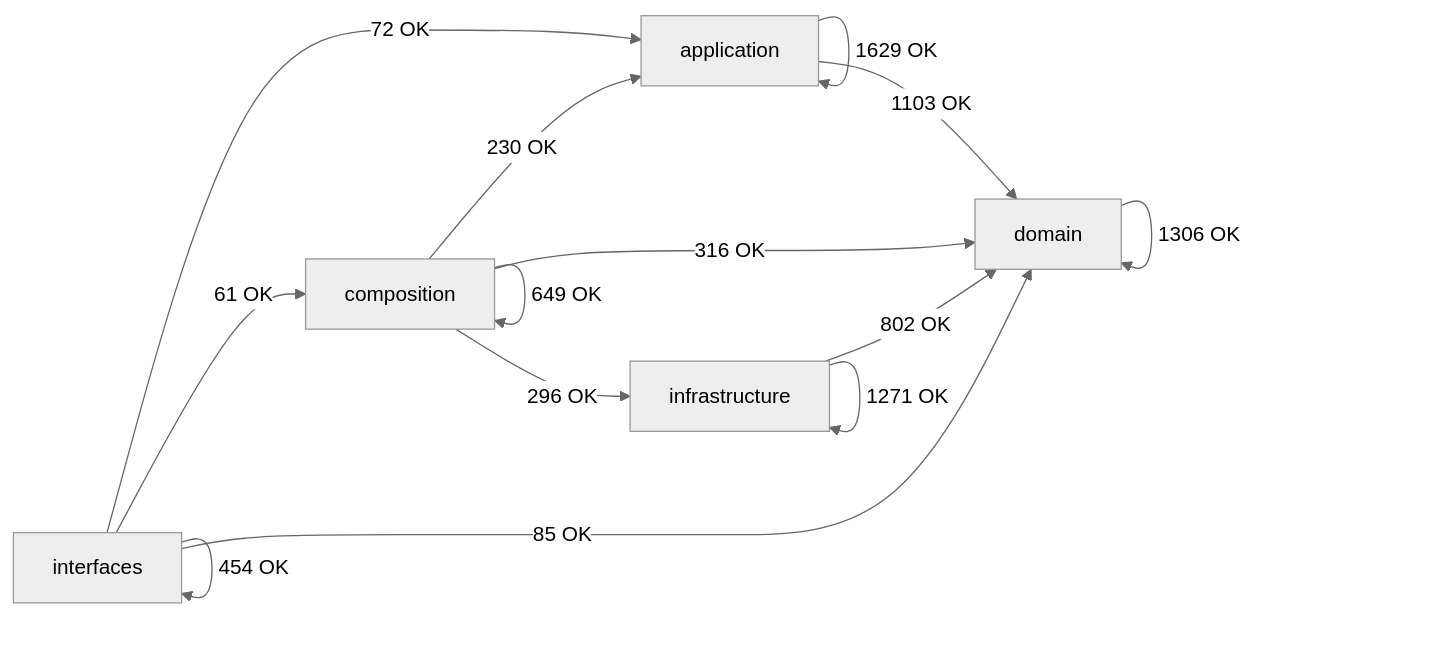
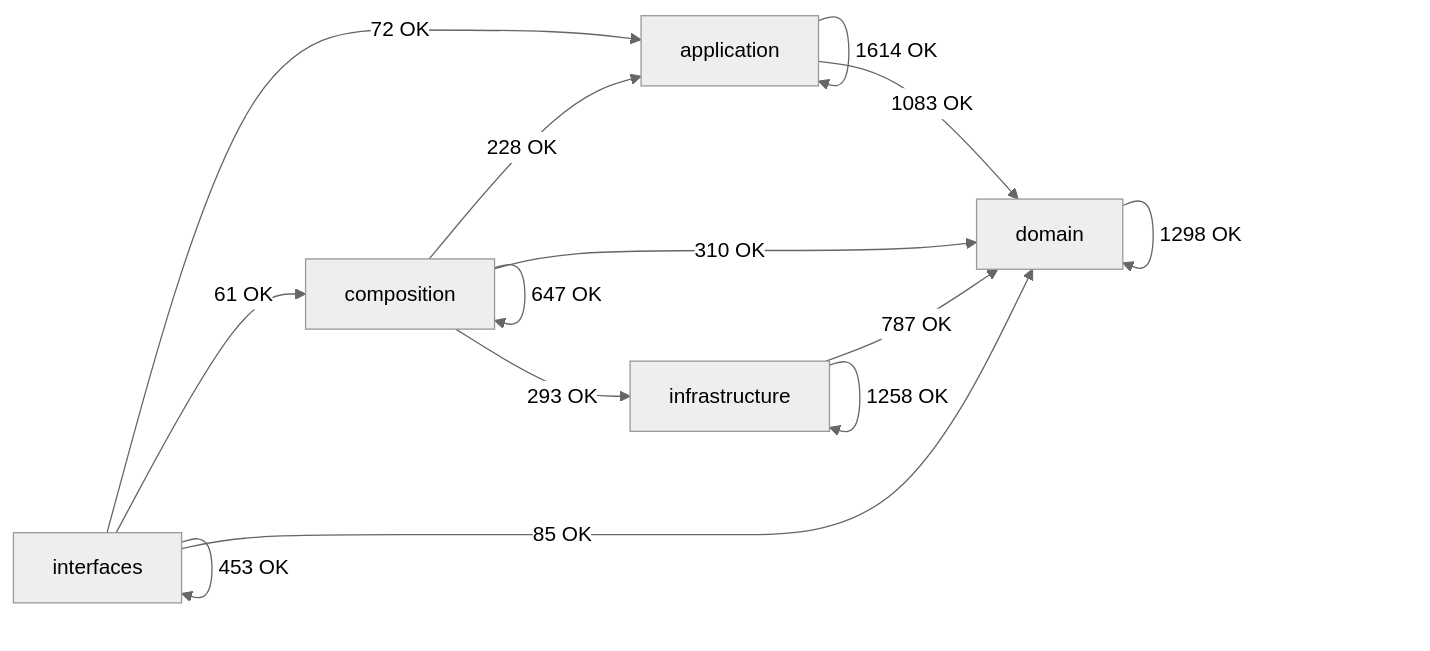
One commit to SatoryKono/BioactivityDataAcquisition changed the diagram in docs/02-architecture/generated/module-dependency-map.md. Above: the diagram before and after it, drawn with Mermaid (neutral theme). The commit also changed other lines of this file and 753 other files, not shown here.

````diff
--- a/docs/02-architecture/generated/module-dependency-map.md
+++ b/docs/02-architecture/generated/module-dependency-map.md
@@ -17,21 +17,21 @@
 ```mermaid
 flowchart LR
     domain[domain]
     application[application]
     infrastructure[infrastructure]
     composition[composition]
     interfaces[interfaces]
-    application -->|1629 OK| application
-    application -->|1103 OK| domain
-    composition -->|230 OK| application
-    composition -->|649 OK| composition
-    composition -->|316 OK| domain
-    composition -->|296 OK| infrastructure
-    domain -->|1306 OK| domain
-    infrastructure -->|802 OK| domain
-    infrastructure -->|1271 OK| infrastructure
+    application -->|1614 OK| application
+    application -->|1083 OK| domain
+    composition -->|228 OK| application
+    composition -->|647 OK| composition
+    composition -->|310 OK| domain
+    composition -->|293 OK| infrastructure
+    domain -->|1298 OK| domain
+    infrastructure -->|787 OK| domain
+    infrastructure -->|1258 OK| infrastructure
     interfaces -->|72 OK| application
     interfaces -->|61 OK| composition
     interfaces -->|85 OK| domain
-    interfaces -->|454 OK| interfaces
+    interfaces -->|453 OK| interfaces
 ```
````
